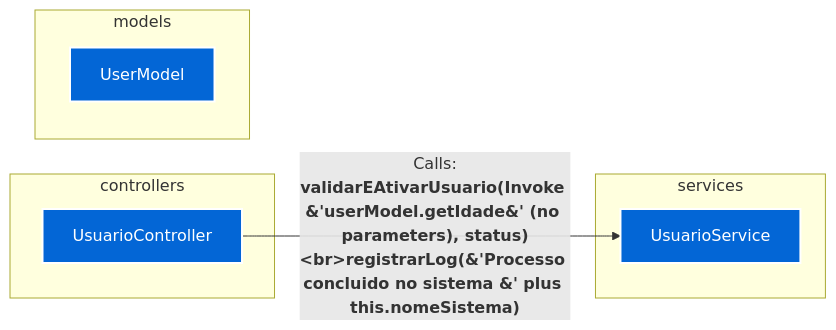
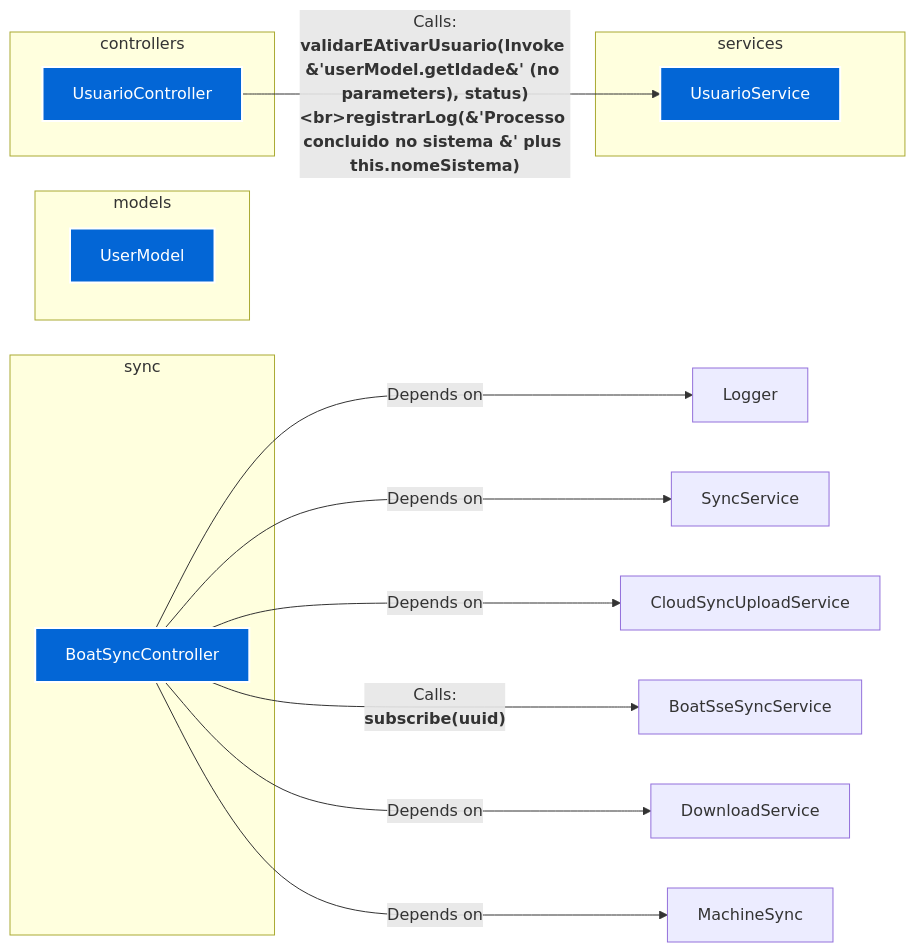
Before and after one commit to FelipeMCassiano/geanky: the diagram in docs/00_Architecture_Overview.md, drawn with Mermaid. The commit also changed other lines of this file and 7 other files, not shown here.

````diff
--- a/docs/00_Architecture_Overview.md
+++ b/docs/00_Architecture_Overview.md
@@ -28,17 +28,14 @@
         
     end
     
+    subgraph sync
+        
+        BoatSyncController["BoatSyncController"]:::classNode
+        
+    end
+    
 
     %% Relationships / Dependencies
-    
-    
-    
-    
-    
-    
-    
-    
-    
     
     
     
@@ -66,4 +63,78 @@
     
     
     
+    
+    
+    
+    
+    
+    
+    
+    
+    
+    
+    
+    
+    
+    
+        
+        
+        
+        
+            BoatSyncController -->|"Depends on"| Logger
+        
+
+    
+    
+    
+        
+        
+        
+        
+            BoatSyncController -->|"Depends on"| SyncService
+        
+
+    
+    
+    
+        
+        
+        
+        
+            BoatSyncController -->|"Depends on"| CloudSyncUploadService
+        
+
+    
+    
+    
+        
+        
+        
+        
+            BoatSyncController -->|"Calls:<br><b>subscribe(uuid)</b>"| BoatSseSyncService
+        
+
+    
+    
+    
+        
+        
+        
+        
+            BoatSyncController -->|"Depends on"| DownloadService
+        
+
+    
+    
+    
+        
+        
+        
+        
+            BoatSyncController -->|"Depends on"| MachineSync
+        
+
+    
+    
+    
 ```
````
